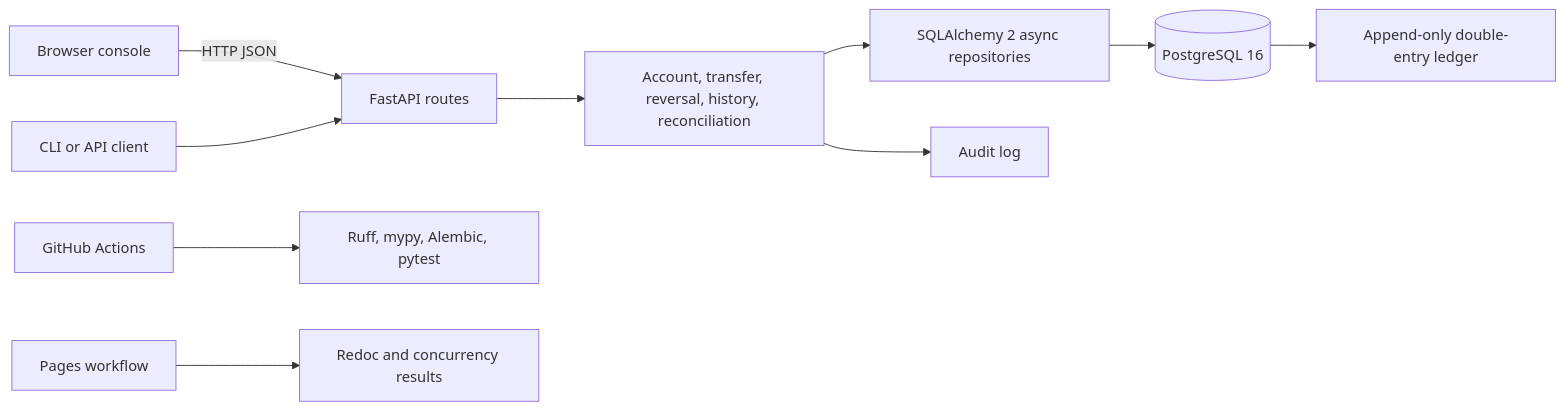
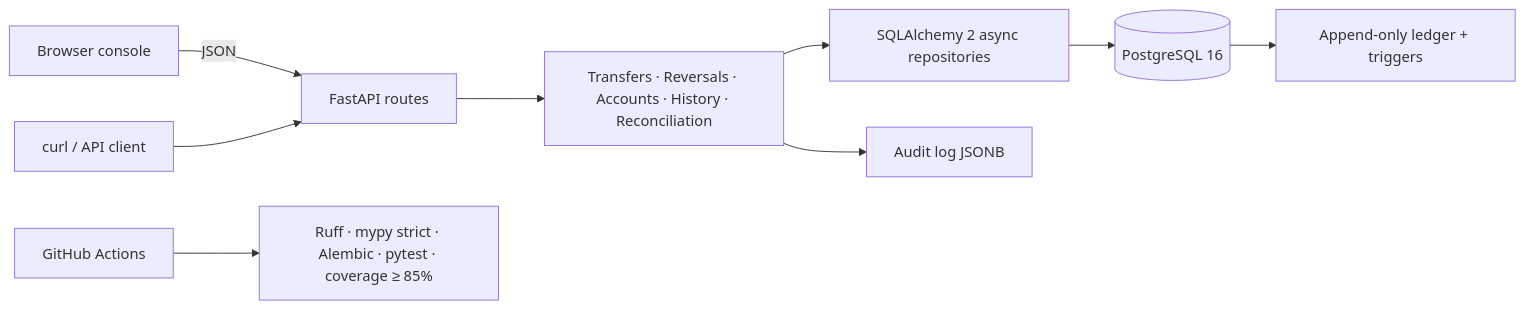
One commit to varunsahu258/ledgerpay changed the second of 2 diagrams in README.md. Above: the diagram before and after it, drawn with Mermaid. The commit also changed other lines of this file, not shown here.

````diff
--- a/README.md
+++ b/README.md
@@ -193,12 +124,11 @@
 ```mermaid
 flowchart LR
-    Browser[Browser console] -->|HTTP JSON| API[FastAPI routes]
-    Client[CLI or API client] --> API
-    API --> Services[Account, transfer, reversal, history, reconciliation]
-    Services --> ORM[SQLAlchemy 2 async repositories]
-    ORM --> DB[(PostgreSQL 16)]
-    DB --> Ledger[Append-only double-entry ledger]
-    Services --> Audit[Audit log]
-    CI[GitHub Actions] --> Checks[Ruff, mypy, Alembic, pytest]
-    Pages[Pages workflow] --> Static[Redoc and concurrency results]
+    Browser[Browser console] -->|JSON| API[FastAPI routes]
+    Client[curl / API client] --> API
+    API --> Services[Transfers · Reversals · Accounts · History · Reconciliation]
+    Services --> Repo[SQLAlchemy 2 async repositories]
+    Repo --> DB[(PostgreSQL 16)]
+    DB --> Ledger[Append-only ledger + triggers]
+    Services --> Audit[Audit log JSONB]
+    CI[GitHub Actions] --> Gates[Ruff · mypy strict · Alembic · pytest · coverage ≥ 85%]
 ```
````
